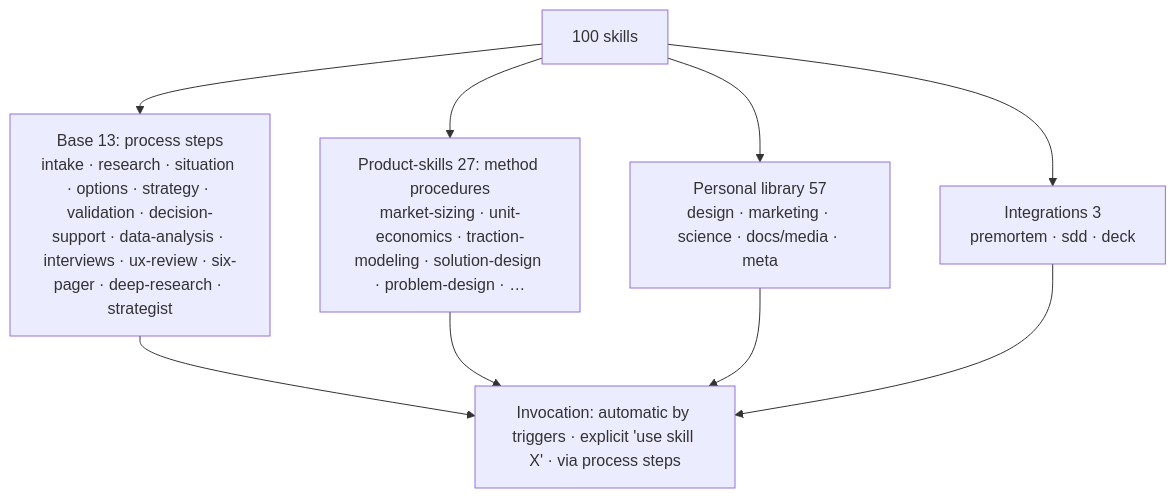
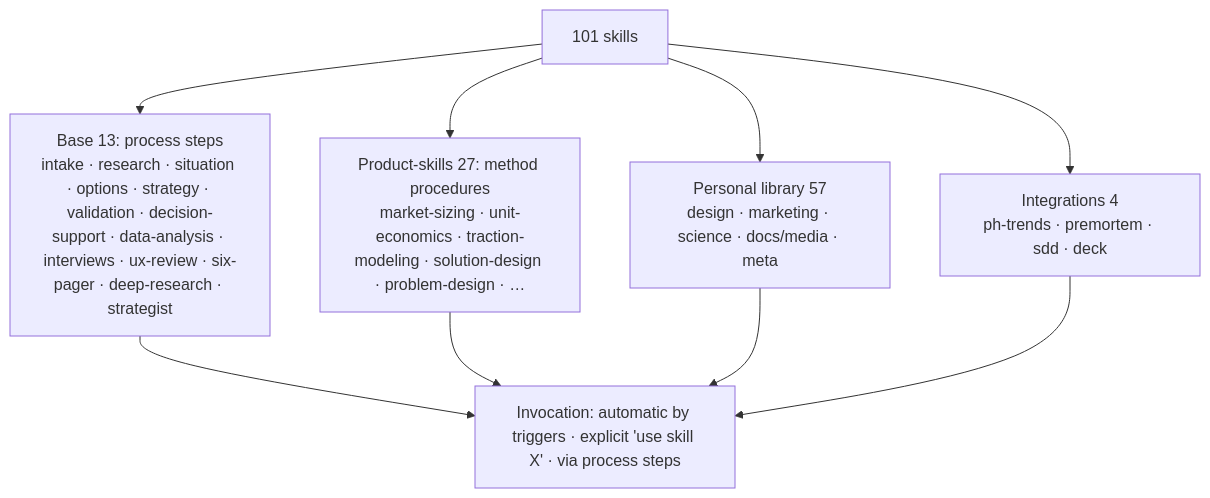
One commit to Fighter90/product-factory-strategist changed the third of 4 diagrams in README_EN.md. Above: the diagram before and after it, drawn with Mermaid. The commit also changed other lines of this file and 13 other files, not shown here.

Commit message:
feat(skills): skill ph-trends — тренды Product Hunt → применение к продукту + MCP producthunt в .mcp.json (реестр 101, счётчики и лендинг пересобраны) — PRO-74

````diff
--- a/README_EN.md
+++ b/README_EN.md
@@ -155,8 +155,8 @@
 ```mermaid
 flowchart TB
-  SK["100 skills"] --> B["Base 13: process steps<br/>intake · research · situation · options · strategy · validation · decision-support · data-analysis · interviews · ux-review · six-pager · deep-research · strategist"]
+  SK["101 skills"] --> B["Base 13: process steps<br/>intake · research · situation · options · strategy · validation · decision-support · data-analysis · interviews · ux-review · six-pager · deep-research · strategist"]
   SK --> P["Product-skills 27: method procedures<br/>market-sizing · unit-economics · traction-modeling · solution-design · problem-design · …"]
   SK --> L["Personal library 57<br/>design · marketing · science · docs/media · meta"]
-  SK --> INT["Integrations 3<br/>premortem · sdd · deck"]
+  SK --> INT["Integrations 4<br/>ph-trends · premortem · sdd · deck"]
   B & P & L & INT --> INV["Invocation: automatic by triggers · explicit 'use skill X' · via process steps"]
 ```
````
